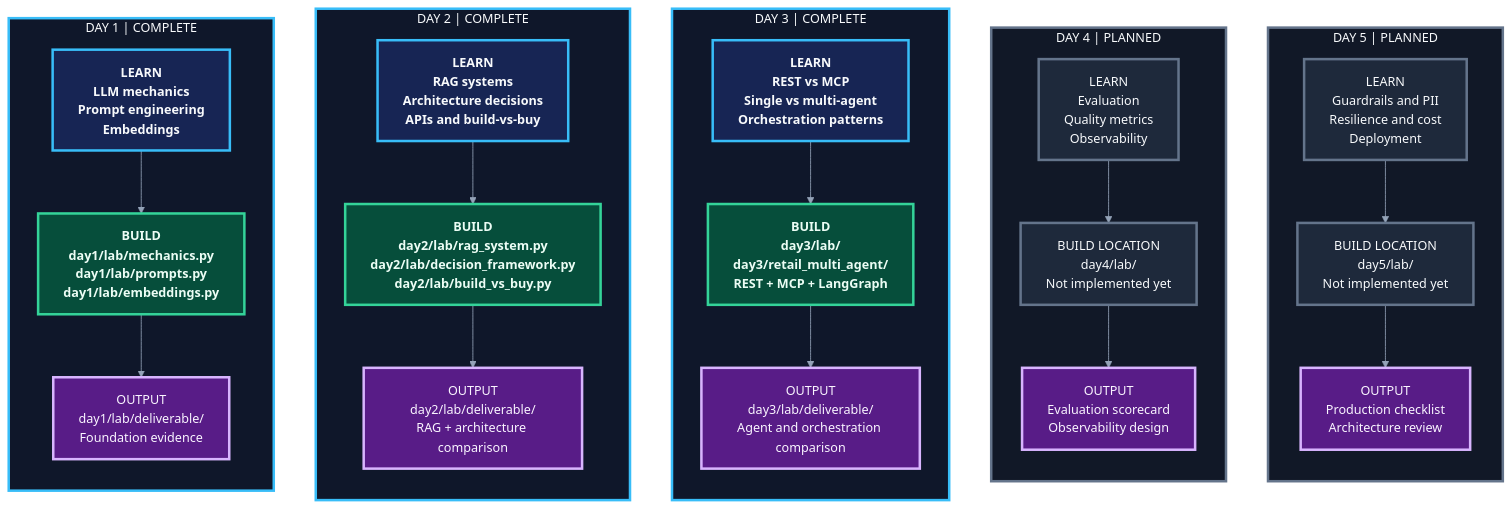
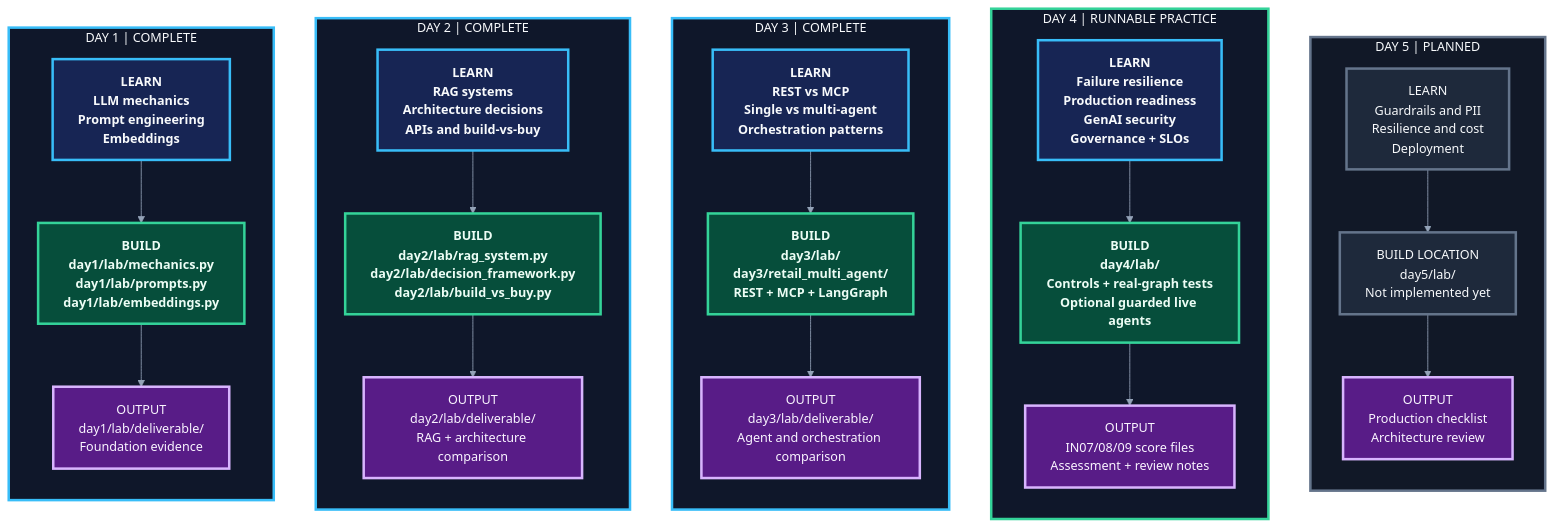
One commit to rakeshmatha/advanced-agentic-ai changed the first of 2 diagrams in README.md. Above: the diagram before and after it, drawn with Mermaid. The commit also changed other lines of this file and 27 other files, not shown here.

Commit message:
Complete Day 4 reliability and multi-agent practice

````diff
--- a/README.md
+++ b/README.md
@@ -34,40 +34,42 @@
 ```mermaid
 %%{init: {"theme": "base", "themeVariables": {"background": "#0b1120", "primaryTextColor": "#f8fafc", "lineColor": "#94a3b8", "fontFamily": "Arial", "fontSize": "15px"}}}%%
 flowchart LR
     subgraph DAY1["DAY 1 | COMPLETE"]
         direction TB
         D1T["LEARN<br/>LLM mechanics<br/>Prompt engineering<br/>Embeddings"] --> D1B["BUILD<br/>day1/lab/mechanics.py<br/>day1/lab/prompts.py<br/>day1/lab/embeddings.py"] --> D1O["OUTPUT<br/>day1/lab/deliverable/<br/>Foundation evidence"]
     end
     subgraph DAY2["DAY 2 | COMPLETE"]
         direction TB
         D2T["LEARN<br/>RAG systems<br/>Architecture decisions<br/>APIs and build-vs-buy"] --> D2B["BUILD<br/>day2/lab/rag_system.py<br/>day2/lab/decision_framework.py<br/>day2/lab/build_vs_buy.py"] --> D2O["OUTPUT<br/>day2/lab/deliverable/<br/>RAG + architecture comparison"]
     end
     subgraph DAY3["DAY 3 | COMPLETE"]
         direction TB
         D3T["LEARN<br/>REST vs MCP<br/>Single vs multi-agent<br/>Orchestration patterns"] --> D3B["BUILD<br/>day3/lab/<br/>day3/retail_multi_agent/<br/>REST + MCP + LangGraph"] --> D3O["OUTPUT<br/>day3/lab/deliverable/<br/>Agent and orchestration comparison"]
     end
-    subgraph DAY4["DAY 4 | PLANNED"]
+    subgraph DAY4["DAY 4 | RUNNABLE PRACTICE"]
         direction TB
-        D4T["LEARN<br/>Evaluation<br/>Quality metrics<br/>Observability"] --> D4B["BUILD LOCATION<br/>day4/lab/<br/>Not implemented yet"] --> D4O["OUTPUT<br/>Evaluation scorecard<br/>Observability design"]
+        D4T["LEARN<br/>Failure resilience<br/>Production readiness<br/>GenAI security<br/>Governance + SLOs"] --> D4B["BUILD<br/>day4/lab/<br/>Controls + real-graph tests<br/>Optional guarded live agents"] --> D4O["OUTPUT<br/>IN07/08/09 score files<br/>Assessment + review notes"]
     end
     subgraph DAY5["DAY 5 | PLANNED"]
         direction TB
         D5T["LEARN<br/>Guardrails and PII<br/>Resilience and cost<br/>Deployment"] --> D5B["BUILD LOCATION<br/>day5/lab/<br/>Not implemented yet"] --> D5O["OUTPUT<br/>Production checklist<br/>Architecture review"]
     end
 
     DAY1 ~~~ DAY2 ~~~ DAY3 ~~~ DAY4 ~~~ DAY5
 
     classDef complete fill:#172554,stroke:#38bdf8,color:#f8fafc,stroke-width:3px,font-weight:bold
     classDef planned fill:#1e293b,stroke:#64748b,color:#f8fafc,stroke-width:3px
     classDef build fill:#064e3b,stroke:#34d399,color:#ecfdf5,stroke-width:3px,font-weight:bold
     classDef deliverable fill:#581c87,stroke:#d8b4fe,color:#faf5ff,stroke-width:3px
     class D1T,D2T,D3T complete
     class D1B,D2B,D3B build
     class D1O,D2O,D3O,D4O,D5O deliverable
-    class D4T,D4B,D5T,D5B planned
+    class D4T complete
+    class D4B build
+    class D5T,D5B planned
     style DAY1 fill:#0f172a,stroke:#38bdf8,stroke-width:3px,color:#f8fafc
     style DAY2 fill:#0f172a,stroke:#38bdf8,stroke-width:3px,color:#f8fafc
     style DAY3 fill:#0f172a,stroke:#38bdf8,stroke-width:3px,color:#f8fafc
-    style DAY4 fill:#111827,stroke:#64748b,stroke-width:3px,color:#f8fafc
+    style DAY4 fill:#0f172a,stroke:#34d399,stroke-width:3px,color:#f8fafc
     style DAY5 fill:#111827,stroke:#64748b,stroke-width:3px,color:#f8fafc
 ```
````
